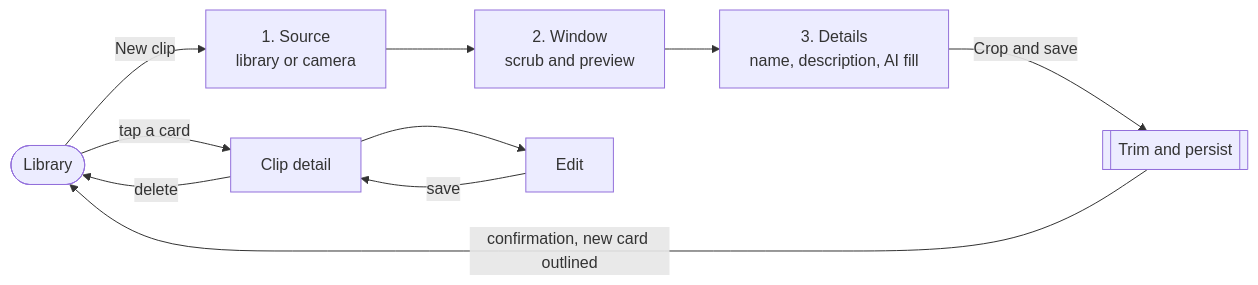
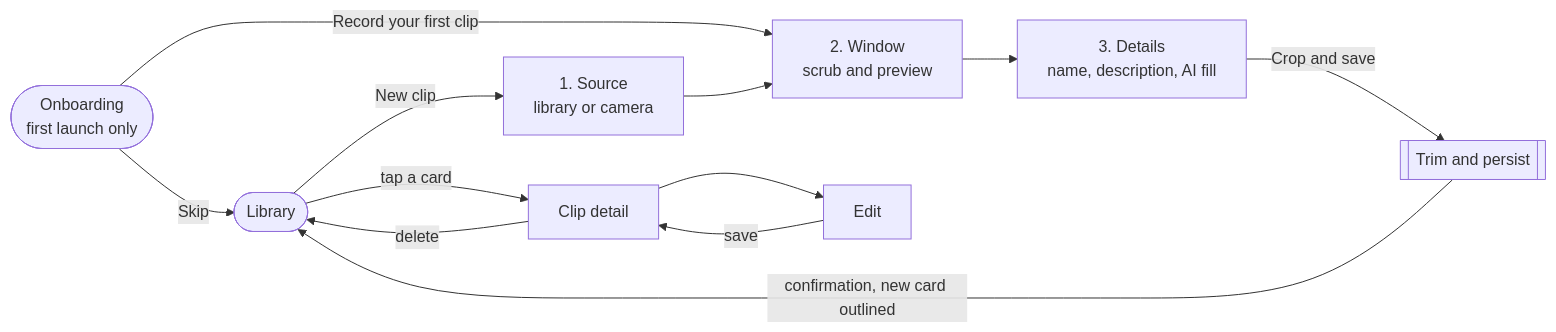
Before and after one commit to onurcangonul/SevenAppsCase: the first of 5 diagrams in README.md, drawn with Mermaid. The commit also changed other lines of this file and 45 other files, not shown here.

````diff
--- a/README.md
+++ b/README.md
@@ -148,12 +150,14 @@
 ```mermaid
 flowchart LR
+    Onboarding(["Onboarding<br/>first launch only"]) -->|Skip| Library
+    Onboarding -->|Record your first clip| Window
     Library(["Library"]) -->|New clip| Source["1. Source<br/>library or camera"]
     Source --> Window["2. Window<br/>scrub and preview"]
     Window --> Details["3. Details<br/>name, description, AI fill"]
     Details -->|Crop and save| Export[["Trim and persist"]]
     Export -->|confirmation, new card outlined| Library
     Library -->|tap a card| Detail["Clip detail"]
     Detail --> Edit["Edit"]
     Edit -->|save| Detail
     Detail -->|delete| Library
 ```
````
